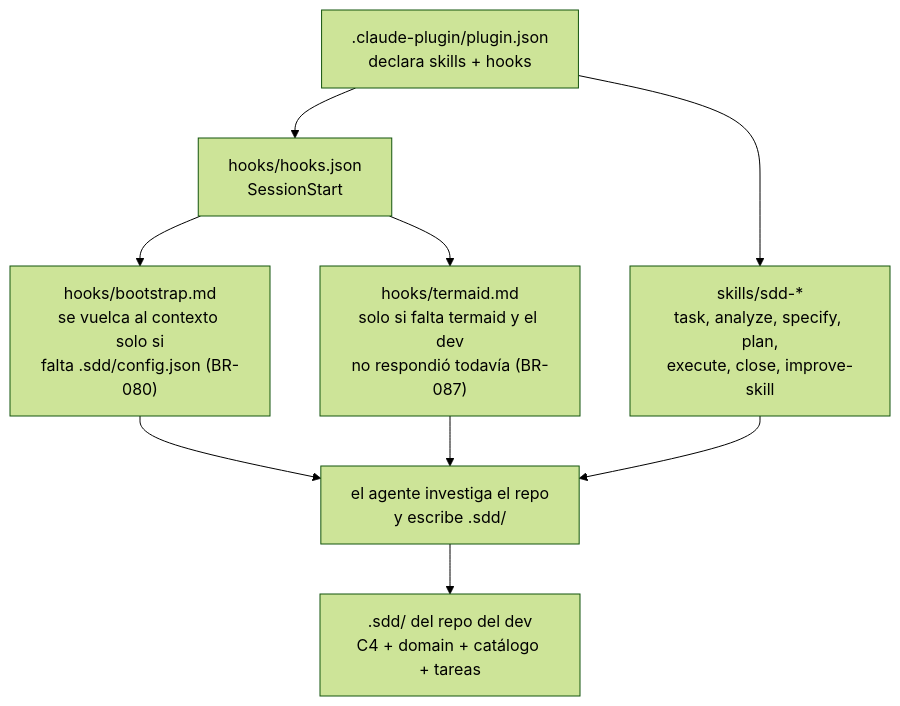
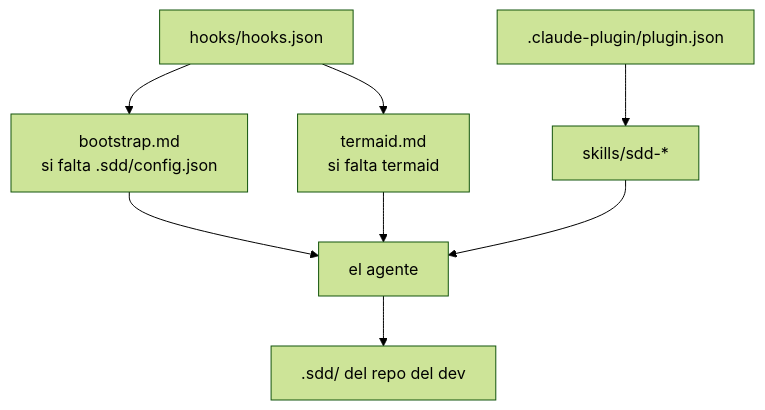
Before and after one commit to ezepaskana/sddkit: the diagram in .sdd/c4/components.md, drawn with Mermaid (forest theme). The commit also changed other lines of this file and 12 other files, not shown here.

````diff
--- a/.sdd/c4/components.md
+++ b/.sdd/c4/components.md
@@ -12,11 +23,10 @@
 ```mermaid
 flowchart TD
-  manifest[".claude-plugin/plugin.json<br/>declara skills + hooks"] --> skills["skills/sdd-*<br/>task, analyze, specify, plan,<br/>execute, close, improve-skill"]
-  manifest --> hooks["hooks/hooks.json<br/>SessionStart"]
-  hooks --> boot["hooks/bootstrap.md<br/>se vuelca al contexto solo si<br/>falta .sdd/config.json (BR-080)"]
-  hooks --> term["hooks/termaid.md<br/>solo si falta termaid y el dev<br/>no respondió todavía (BR-087)"]
-  boot --> agente["el agente investiga el repo<br/>y escribe .sdd/"]
+  manifest[".claude-plugin/plugin.json"] --> skills["skills/sdd-*"]
+  hooks["hooks/hooks.json"] --> boot["bootstrap.md<br/>si falta .sdd/config.json"]
+  hooks --> term["termaid.md<br/>si falta termaid"]
+  boot --> agente["el agente"]
   term --> agente
   skills --> agente
-  agente --> estado[".sdd/ del repo del dev<br/>C4 + domain + catálogo + tareas"]
+  agente --> estado[".sdd/ del repo del dev"]
 ```
````
